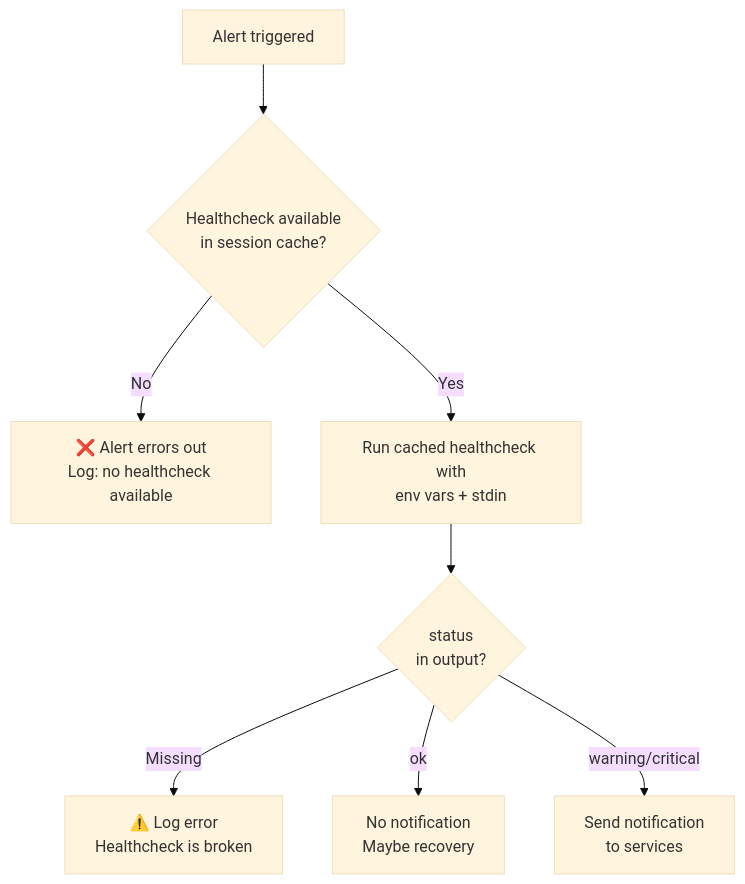
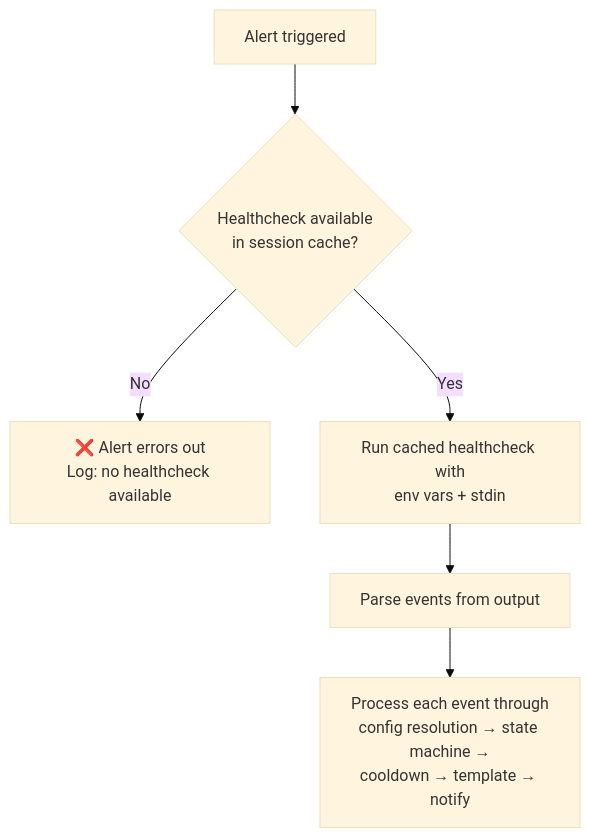
The fifth of 6 diagrams in docs/healthchecks.md (sznuper/sznuper), drawn with Mermaid (base theme) before and after one commit. The commit also changed other lines of this file and 7 other files, not shown here.

````diff
--- a/docs/healthchecks.md
+++ b/docs/healthchecks.md
@@ -154,10 +148,8 @@
 ```mermaid
 flowchart TD
     A[Alert triggered] --> B{Healthcheck available\nin session cache?}
     B -->|No| C[❌ Alert errors out\nLog: no healthcheck available]
     B -->|Yes| D[Run cached healthcheck with\nenv vars + stdin]
-    D --> E{status\nin output?}
-    E -->|Missing| F[⚠️ Log error\nHealthcheck is broken]
-    E -->|ok| G[No notification\nMaybe recovery]
-    E -->|warning/critical| H[Send notification\nto services]
+    D --> E[Parse events from output]
+    E --> F[Process each event through\nconfig resolution → state machine →\ncooldown → template → notify]
 ```
````
